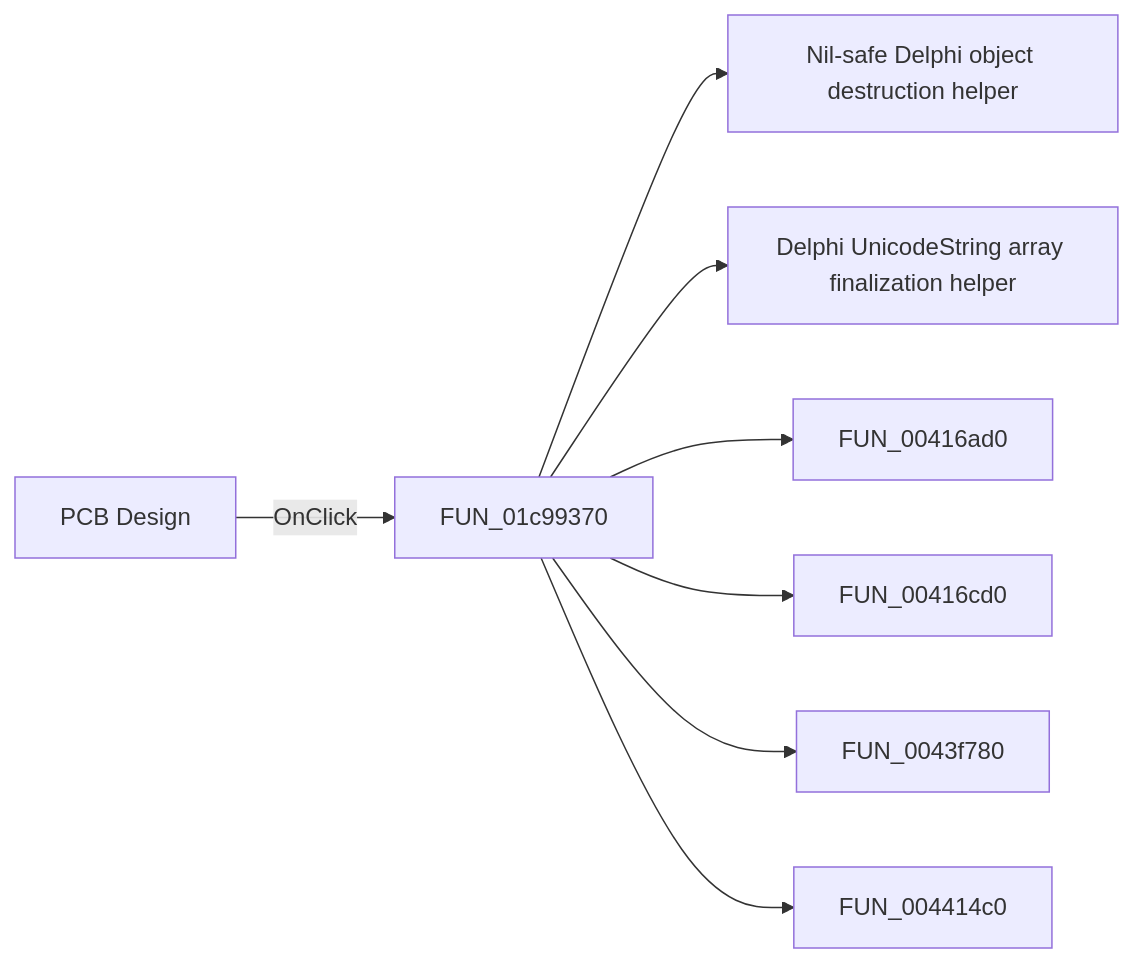
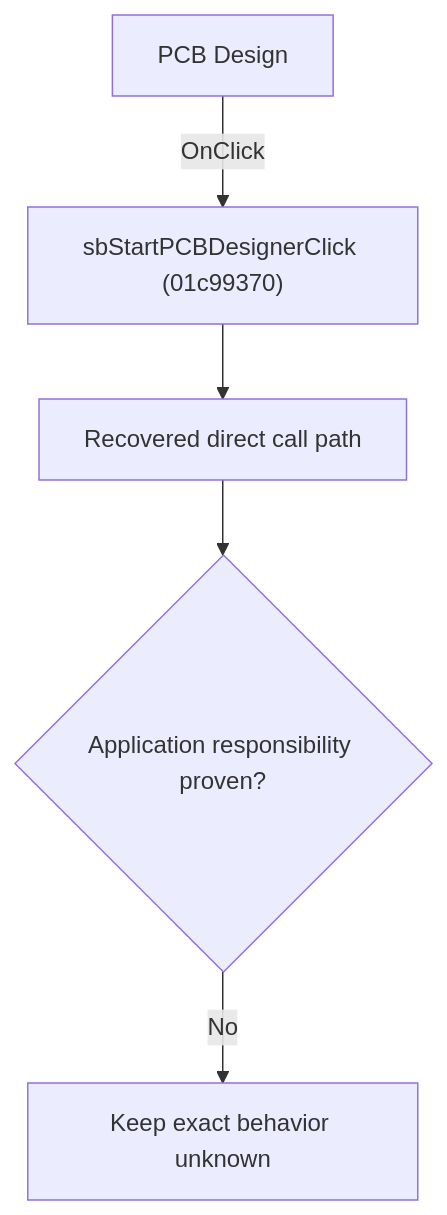
The diagram in docs/ui-controls/schematiceditor/sbstartpcbdesigner-a632ef7a8c.md (MovGP0/TIARA), drawn with Mermaid before and after one commit. The commit also changed other lines of this file and 1062 other files, not shown here.

````diff
--- a/docs/ui-controls/schematiceditor/sbstartpcbdesigner-a632ef7a8c.md
+++ b/docs/ui-controls/schematiceditor/sbstartpcbdesigner-a632ef7a8c.md
@@ -27,10 +27,7 @@
 ```mermaid
-flowchart LR
-    control["PCB Design"] -->|OnClick| handler["FUN_01c99370"]
-    handler --> call1["Nil-safe Delphi object destruction helper"]
-    handler --> call2["Delphi UnicodeString array finalization helper"]
-    handler --> call3["FUN_00416ad0"]
-    handler --> call4["FUN_00416cd0"]
-    handler --> call5["FUN_0043f780"]
-    handler --> call6["FUN_004414c0"]
+flowchart TD
+    control["PCB Design"] -->|"OnClick"| handler["sbStartPCBDesignerClick (01c99370)"]
+    handler --> recovered["Recovered direct call path"]
+    recovered --> gap{"Application responsibility proven?"}
+    gap -->|"No"| blocked["Keep exact behavior unknown"]
 ```
````
